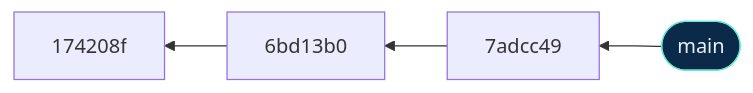
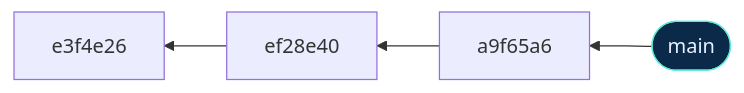
Before and after one commit to MindaugasSarpis/CERN_lessons_on_data_analysis: the third of 9 diagrams in lectures/content/slides/05_Version_Control.md, drawn with Mermaid. The commit also changed other lines of this file and 34 other files, not shown here.

````diff
--- a/lectures/content/slides/05_Version_Control.md
+++ b/lectures/content/slides/05_Version_Control.md
@@ -686,5 +691,5 @@
 ```mermaid {scale: 0.6}
 flowchart RL
-    M(["main"]):::input --> C4["7adcc49"] --> C3["6bd13b0"] --> C2["174208f"]
+    M(["main"]):::input --> C4["a9f65a6"] --> C3["ef28e40"] --> C2["e3f4e26"]
     classDef input fill:#0b2a4a,stroke:#5eead4,color:#e8f1ff
 ```
````
